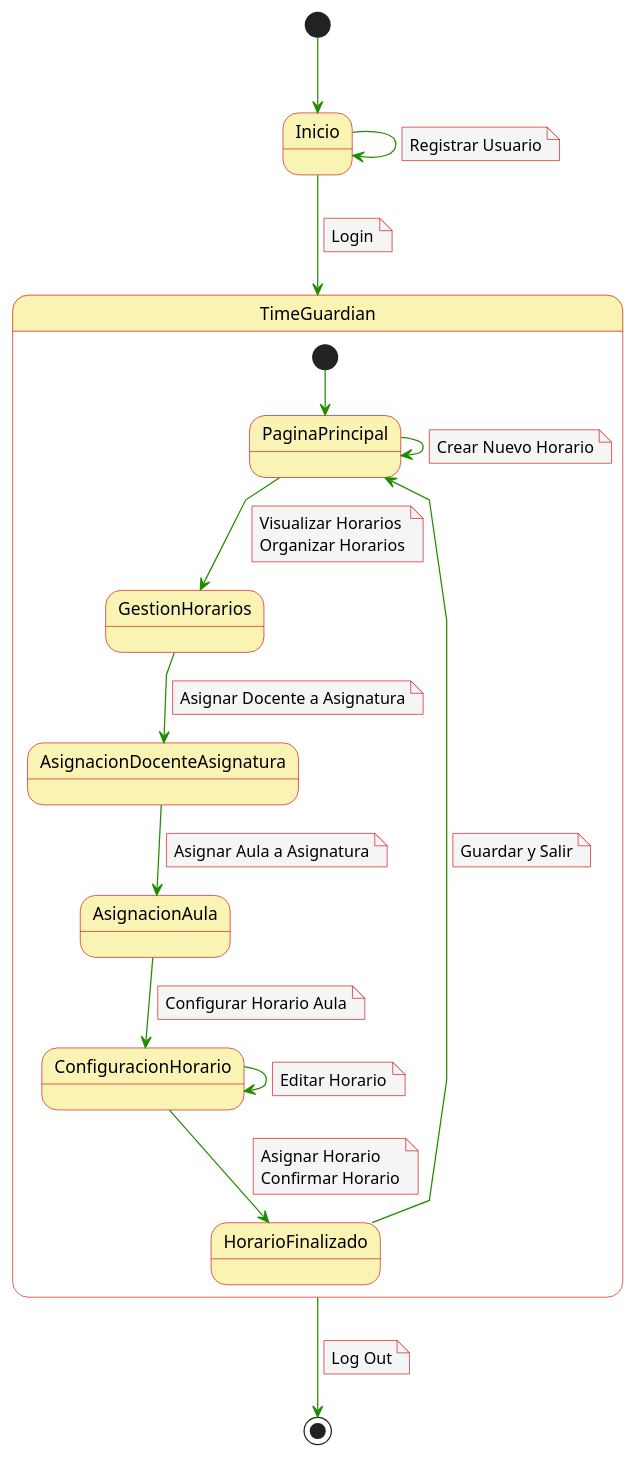
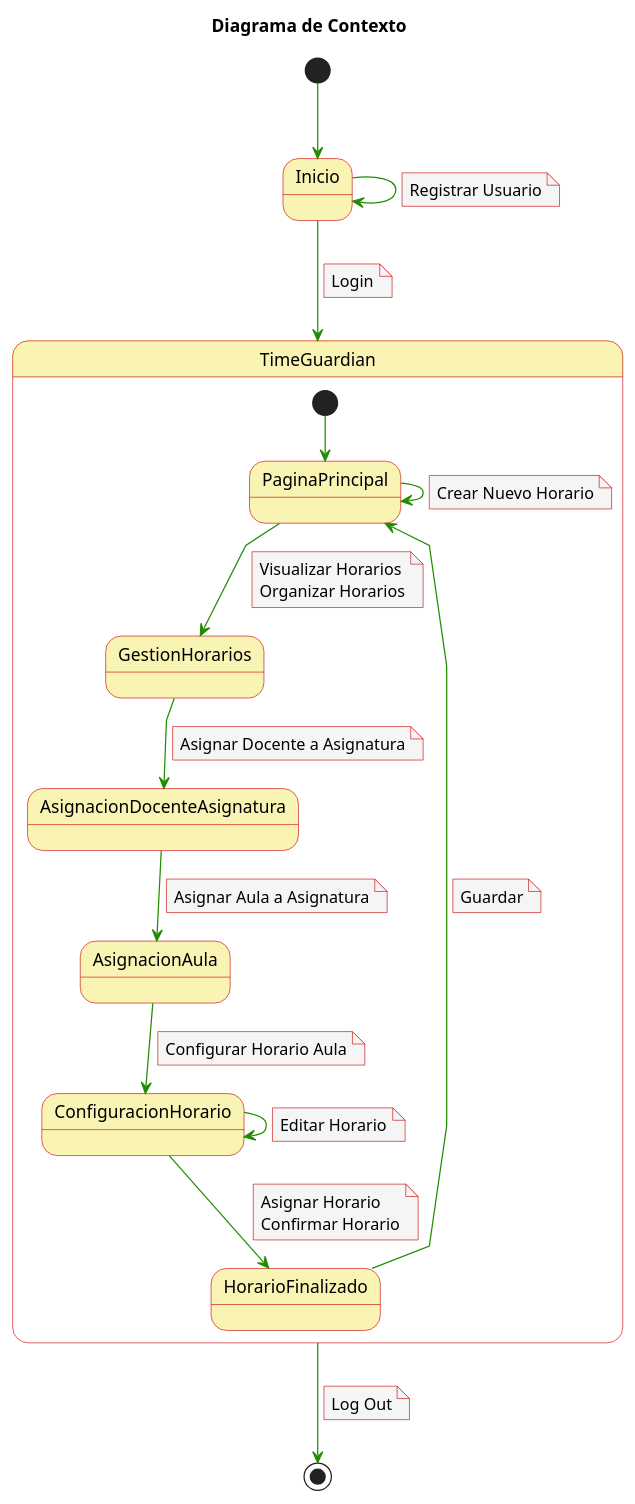
The diagram in Casos de Uso/Diagrama de contexto.puml (FernandoWilliam26/23-24-IdSw1-SDR), drawn with PlantUML before and after one commit.

```diff
--- a/Casos de Uso/Diagrama de contexto.puml
+++ b/Casos de Uso/Diagrama de contexto.puml
@@ -1,69 +1,72 @@
 @startuml
+
 skinparam noteBackgroundColor #f5f5f5
 skinparam noteBorderColor #c90000
 skinparam arrowColor #218c00
 skinparam stateBackgroundColor #faf4b4
 skinparam stateBorderColor #c90000
 skinparam linetype polyline
 skinparam arrowThickness 1
+
+title Diagrama de Contexto
 
 [*] --> Inicio
 
 Inicio -d-> TimeGuardian
 note on link
   Login
 end note
 Inicio -d-> Inicio
 note on link
   Registrar Usuario
 end note
 
 State TimeGuardian {
 [*] --> PaginaPrincipal
 
 PaginaPrincipal -d-> GestionHorarios
 note on link
   Visualizar Horarios
   Organizar Horarios
 end note
 PaginaPrincipal -d-> PaginaPrincipal
 note on link
   Crear Nuevo Horario
 end note
 
 GestionHorarios -d-> AsignacionDocenteAsignatura
 note on link
   Asignar Docente a Asignatura
 end note
 
 AsignacionDocenteAsignatura -d-> AsignacionAula
 note on link
   Asignar Aula a Asignatura
 end note
 
 AsignacionAula -d-> ConfiguracionHorario
 note on link
   Configurar Horario Aula
 end note
 
 ConfiguracionHorario -d-> HorarioFinalizado
 note on link
   Asignar Horario
   Confirmar Horario
 end note
 ConfiguracionHorario -d-> ConfiguracionHorario
 note on link
   Editar Horario
 end note
 
 HorarioFinalizado -d-> PaginaPrincipal
 note on link
-  Guardar y Salir
+  Guardar
 end note
 }
 
 TimeGuardian --> [*]
 note on link
   Log Out
 end note
 @enduml
```
